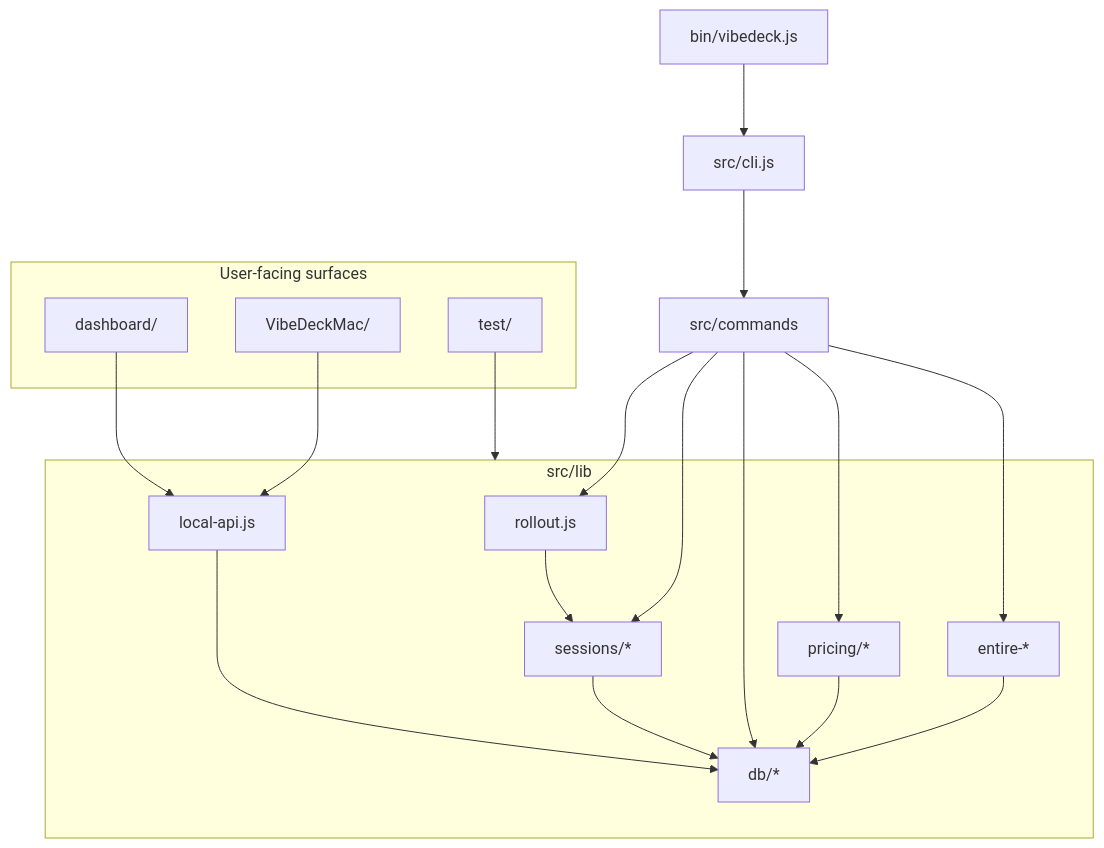
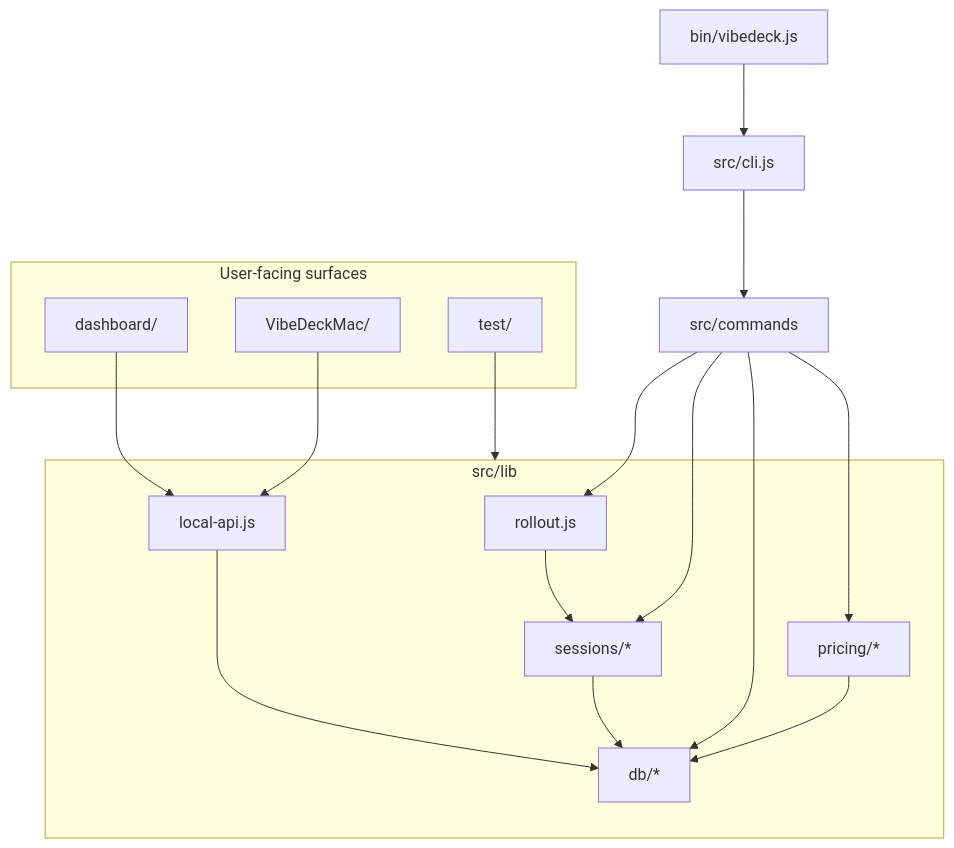
One commit to ivasuy/VibeDeck changed the fourth of 11 diagrams in docs/ARCHITECTURE.md. Above: the diagram before and after it, drawn with Mermaid. The commit also changed other lines of this file and 50 other files, not shown here.

````diff
--- a/docs/ARCHITECTURE.md
+++ b/docs/ARCHITECTURE.md
@@ -138,35 +132,32 @@
 ```mermaid
 %%{init: {"flowchart": {"nodeSpacing": 48, "rankSpacing": 72, "curve": "basis"}} }%%
 flowchart TB
   Entry["bin/vibedeck.js"] --> CLI["src/cli.js"]
   CLI --> Commands["src/commands"]
 
   subgraph Backend["src/lib"]
     Rollout["rollout.js"]
     Sessions["sessions/*"]
     DB["db/*"]
     Pricing["pricing/*"]
-    EntireLib["entire-*"]
     LocalAPI["local-api.js"]
   end
 
   subgraph Product["User-facing surfaces"]
     Dashboard["dashboard/"]
     Native["VibeDeckMac/"]
     Tests["test/"]
   end
 
   Commands --> Rollout
   Commands --> Sessions
   Commands --> DB
   Commands --> Pricing
-  Commands --> EntireLib
   Rollout --> Sessions
   Sessions --> DB
   Pricing --> DB
-  EntireLib --> DB
   LocalAPI --> DB
   Dashboard --> LocalAPI
   Native --> LocalAPI
   Tests --> Backend
 ```
````
